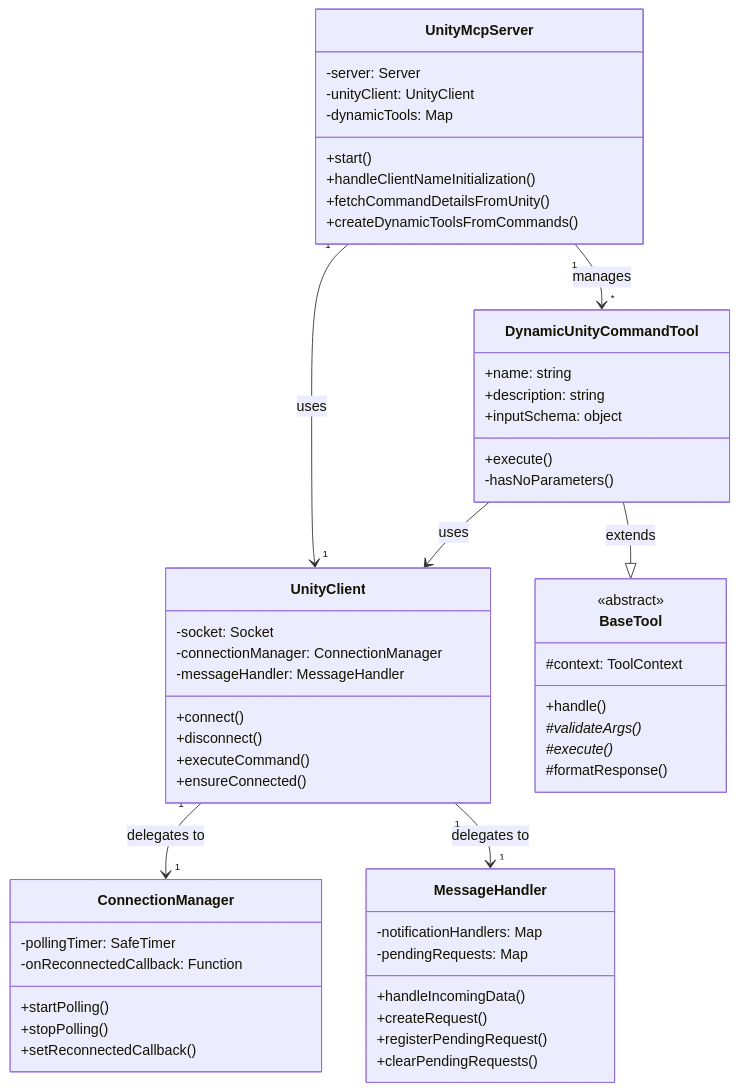
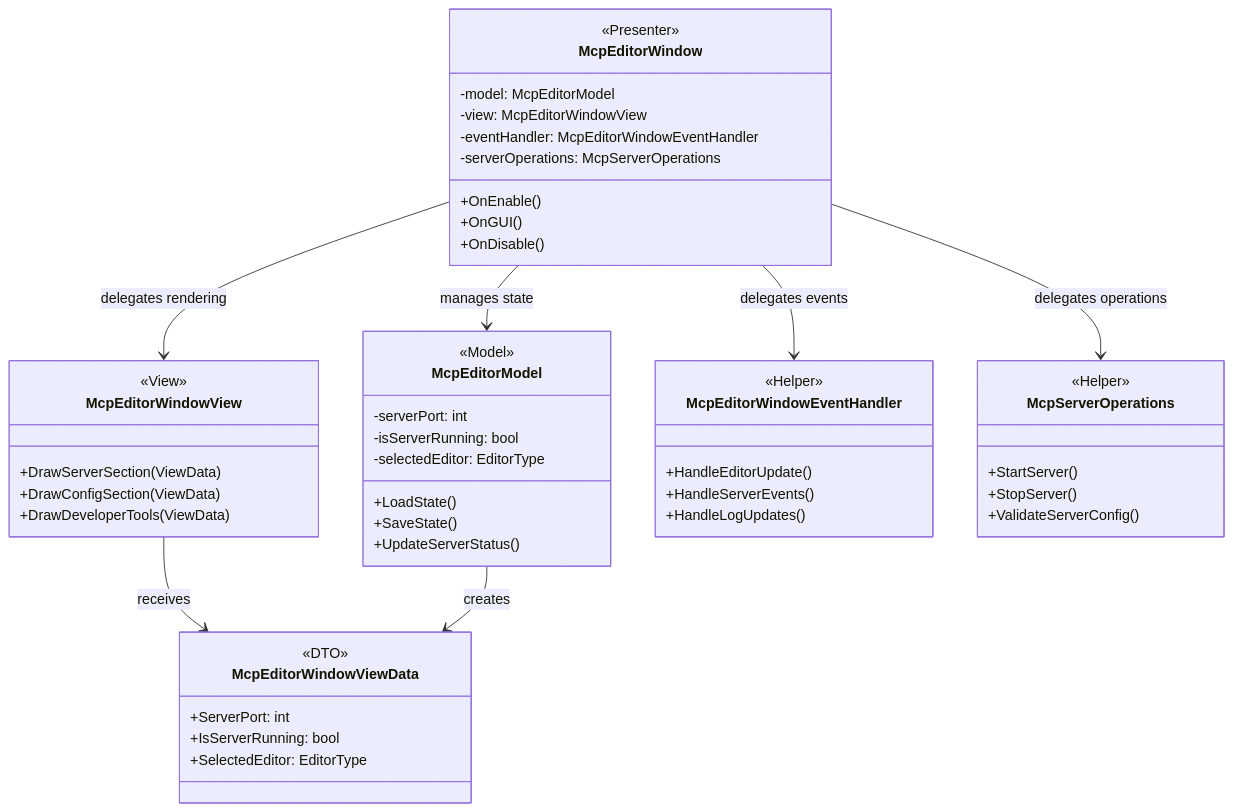
One commit to hatayama/uMCP changed the third of 4 diagrams in Packages/src/Editor/ARCHITECTURE.md. Above: the diagram before and after it, drawn with Mermaid. The commit also changed other lines of this file and 1 other file, not shown here.

Commit message:
docs: update architecture documentation with diagrams and refactoring changes

````diff
--- a/Packages/src/Editor/ARCHITECTURE.md
+++ b/Packages/src/Editor/ARCHITECTURE.md
@@ -222,63 +112,58 @@
 ```mermaid
 classDiagram
-    class UnityMcpServer {
-        -server: Server
-        -unityClient: UnityClient
-        -dynamicTools: Map
-        +start()
-        +handleClientNameInitialization()
-        +fetchCommandDetailsFromUnity()
-        +createDynamicToolsFromCommands()
+    class McpEditorWindow {
+        <<Presenter>>
+        -model: McpEditorModel
+        -view: McpEditorWindowView
+        -eventHandler: McpEditorWindowEventHandler
+        -serverOperations: McpServerOperations
+        +OnEnable()
+        +OnGUI()
+        +OnDisable()
     }
 
-    class UnityClient {
-        -socket: Socket
-        -connectionManager: ConnectionManager
-        -messageHandler: MessageHandler
-        +connect()
-        +disconnect()
-        +executeCommand()
-        +ensureConnected()
+    class McpEditorModel {
+        <<Model>>
+        -serverPort: int
+        -isServerRunning: bool
+        -selectedEditor: EditorType
+        +LoadState()
+        +SaveState()
+        +UpdateServerStatus()
     }
 
-    class ConnectionManager {
-        -pollingTimer: SafeTimer
-        -onReconnectedCallback: Function
-        +startPolling()
-        +stopPolling()
-        +setReconnectedCallback()
+    class McpEditorWindowView {
+        <<View>>
+        +DrawServerSection(ViewData)
+        +DrawConfigSection(ViewData)
+        +DrawDeveloperTools(ViewData)
     }
 
-    class MessageHandler {
-        -notificationHandlers: Map
-        -pendingRequests: Map
-        +handleIncomingData()
-        +createRequest()
-        +registerPendingRequest()
-        +clearPendingRequests()
+    class McpEditorWindowViewData {
+        <<DTO>>
+        +ServerPort: int
+        +IsServerRunning: bool
+        +SelectedEditor: EditorType
     }
 
-    class BaseTool {
-        <<abstract>>
-        #context: ToolContext
-        +handle()
-        #validateArgs()*
-        #execute()*
-        #formatResponse()
+    class McpEditorWindowEventHandler {
+        <<Helper>>
+        +HandleEditorUpdate()
+        +HandleServerEvents()
+        +HandleLogUpdates()
     }
 
-    class DynamicUnityCommandTool {
-        +name: string
-        +description: string
-        +inputSchema: object
-        +execute()
-        -hasNoParameters()
+    class McpServerOperations {
+        <<Helper>>
+        +StartServer()
+        +StopServer()
+        +ValidateServerConfig()
     }
 
-    UnityMcpServer "1" --> "1" UnityClient : uses
-    UnityMcpServer "1" --> "*" DynamicUnityCommandTool : manages
-    UnityClient "1" --> "1" ConnectionManager : delegates to
-    UnityClient "1" --> "1" MessageHandler : delegates to
-    DynamicUnityCommandTool --|> BaseTool : extends
-    DynamicUnityCommandTool --> UnityClient : uses
+    McpEditorWindow --> McpEditorModel : manages state
+    McpEditorWindow --> McpEditorWindowView : delegates rendering
+    McpEditorWindow --> McpEditorWindowEventHandler : delegates events
+    McpEditorWindow --> McpServerOperations : delegates operations
+    McpEditorWindowView --> McpEditorWindowViewData : receives
+    McpEditorModel --> McpEditorWindowViewData : creates
 ```
````
